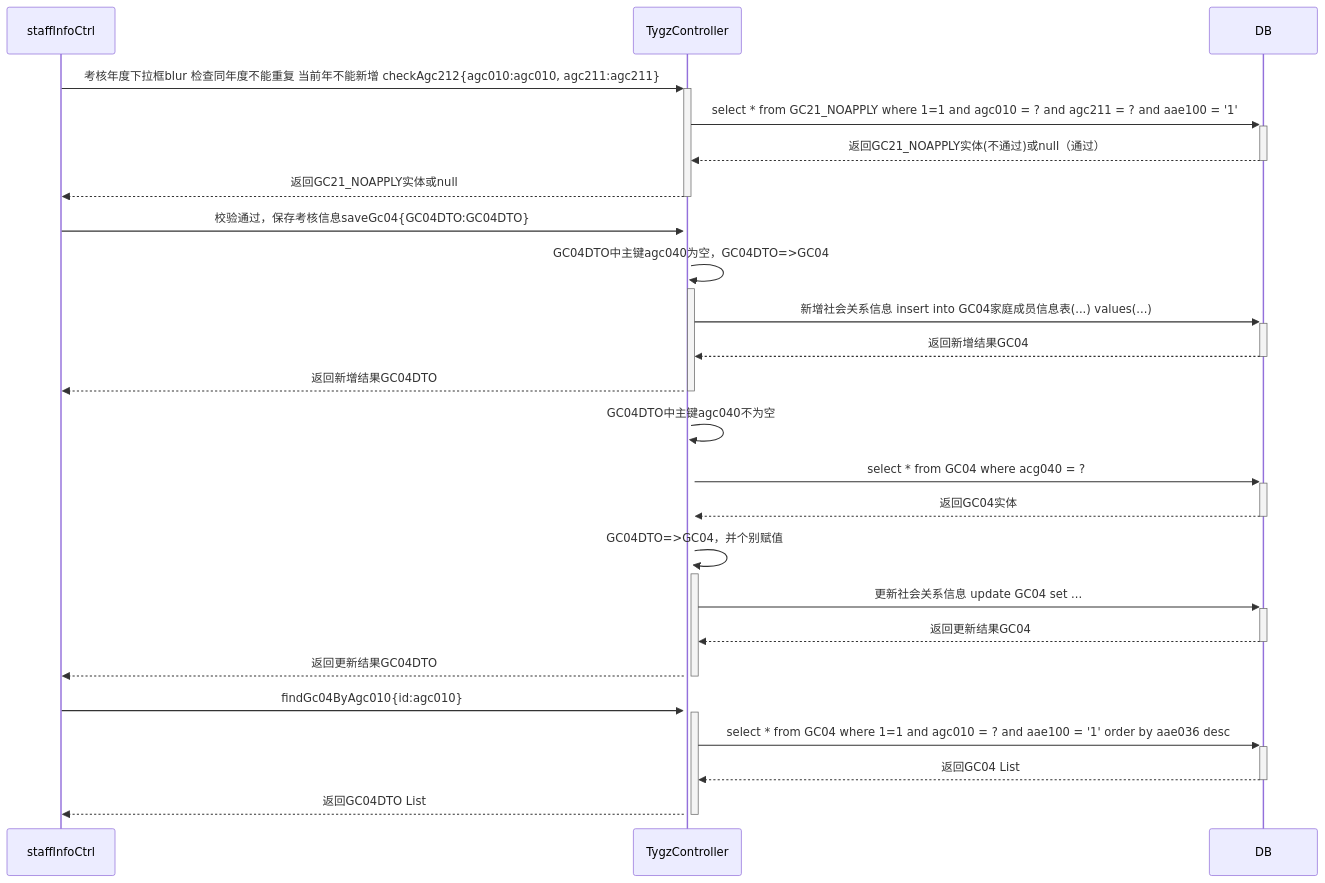
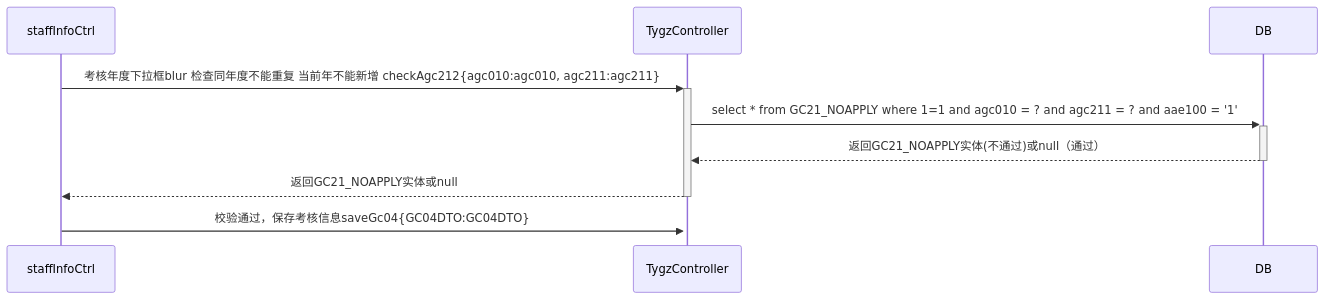
The diagram in all/人员考核信息新增按钮的调用业务流程.md (ZhangJianBeiJing/iodraw-files), drawn with Mermaid before and after one commit.

Commit message:
2025-03-25 18:10:50 update

````diff
--- a/all/人员考核信息新增按钮的调用业务流程.md
+++ b/all/人员考核信息新增按钮的调用业务流程.md
@@ -1,25 +1,10 @@
 ```mermaid
 sequenceDiagram
     staffInfoCtrl->>+TygzController:考核年度下拉框blur 检查同年度不能重复 当前年不能新增 checkAgc212{agc010:agc010, agc211:agc211}
     TygzController->>+DB:select * from GC21_NOAPPLY where 1=1 and agc010 = ? and agc211 = ? and aae100 = '1'
     DB-->>-TygzController:返回GC21_NOAPPLY实体(不通过)或null（通过）
     TygzController-->>-staffInfoCtrl:返回GC21_NOAPPLY实体或null
 
     staffInfoCtrl->>+TygzController:校验通过，保存考核信息saveGc04{GC04DTO:GC04DTO}
-    TygzController->>+TygzController:GC04DTO中主键agc040为空，GC04DTO=>GC04
-    TygzController->>+DB:新增社会关系信息 insert into GC04家庭成员信息表(...) values(...)
-    DB-->>-TygzController:返回新增结果GC04
-    TygzController-->>-staffInfoCtrl:返回新增结果GC04DTO
-    TygzController->>+TygzController:GC04DTO中主键agc040不为空
-    TygzController->>+DB:select * from GC04 where acg040 = ?
-    DB-->>-TygzController:返回GC04实体
-    TygzController->>+TygzController:GC04DTO=>GC04，并个别赋值
-    TygzController->>+DB:更新社会关系信息 update GC04 set ...
-    DB-->>-TygzController:返回更新结果GC04
-    TygzController-->>-staffInfoCtrl:返回更新结果GC04DTO
-
-    staffInfoCtrl->>+TygzController:findGc04ByAgc010{id:agc010}
-    TygzController->>+DB:select * from GC04 where 1=1 and agc010 = ? and aae100 = '1' order by aae036 desc
-    DB-->>-TygzController:返回GC04 List
-    TygzController-->>-staffInfoCtrl:返回GC04DTO List
+    
 ```
````
